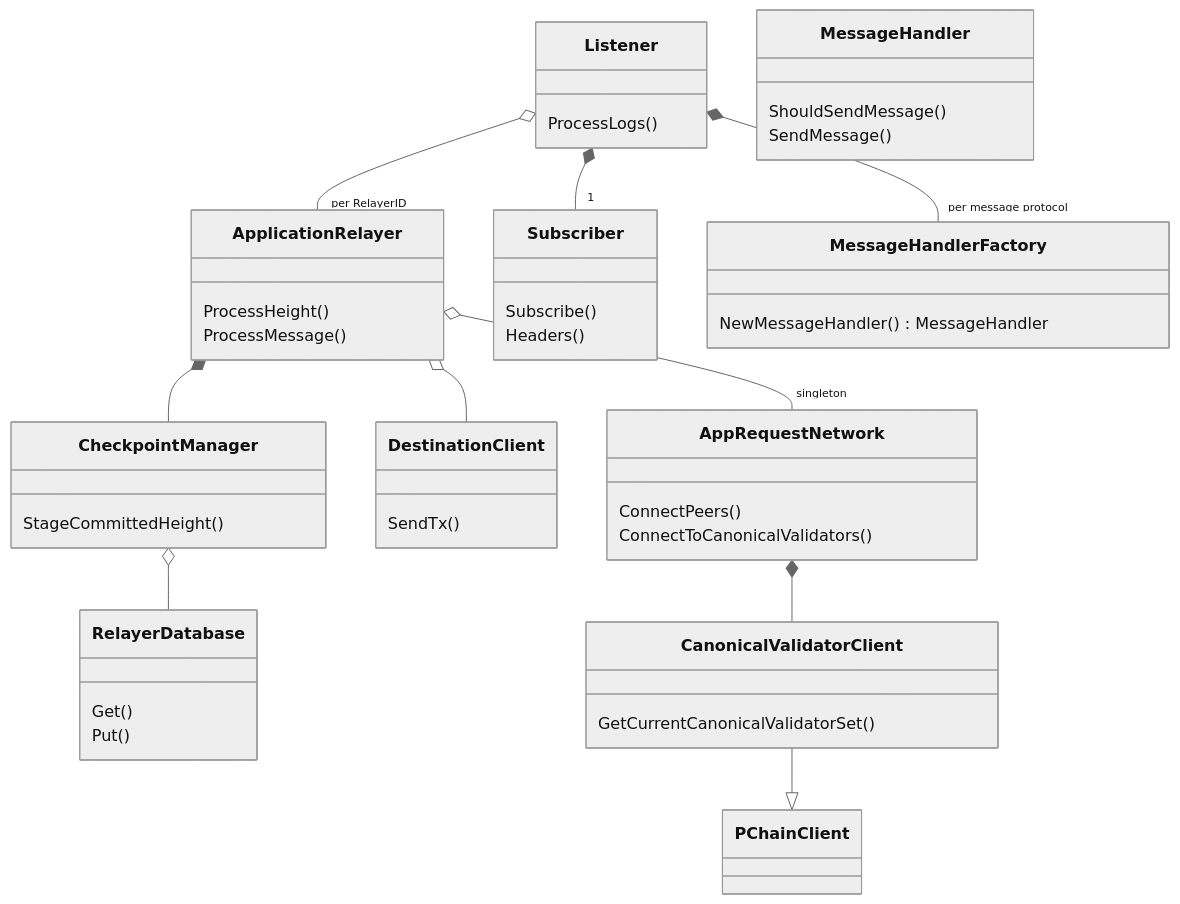
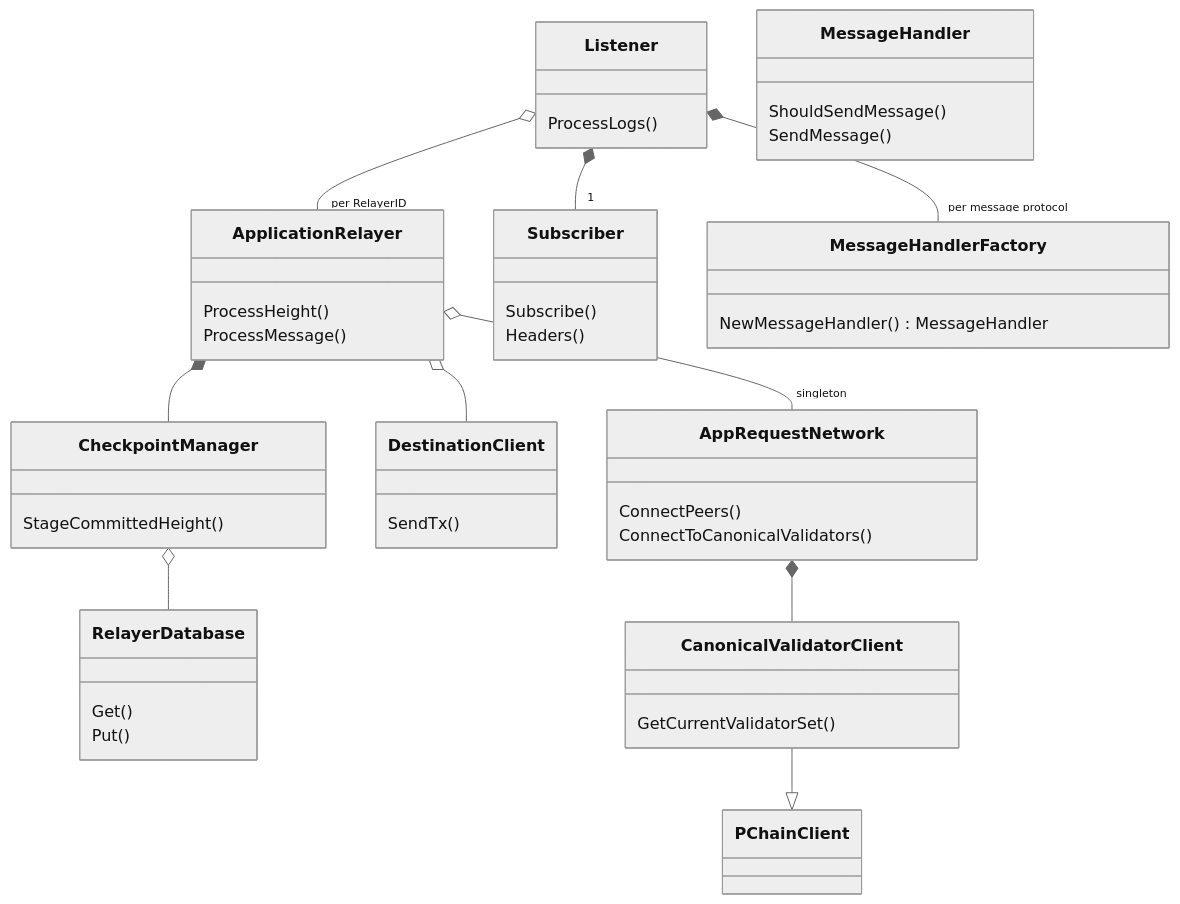
One commit to luxfi/warp changed the diagram in docs/architecture.md. Above: the diagram before and after it, drawn with Mermaid (neutral theme). The commit also changed other lines of this file and 6 other files, not shown here.

````diff
--- a/docs/architecture.md
+++ b/docs/architecture.md
@@ -3,28 +5,28 @@
 ```mermaid
 classDiagram
     Listener o-- "per RelayerID" ApplicationRelayer
     Listener *-- "1" Subscriber
     Listener *-- "per message protocol" MessageHandlerFactory
     ApplicationRelayer o-- "singleton" AppRequestNetwork
     ApplicationRelayer o-- DestinationClient
     ApplicationRelayer *-- CheckpointManager
     CheckpointManager o-- RelayerDatabase
     AppRequestNetwork *-- CanonicalValidatorClient
     CanonicalValidatorClient --|> PChainClient
 
     Listener : ProcessLogs()
     ApplicationRelayer : ProcessHeight()
     ApplicationRelayer : ProcessMessage()
     CheckpointManager : StageCommittedHeight()
     Subscriber : Subscribe()
     Subscriber : Headers()
     DestinationClient : SendTx()
     MessageHandlerFactory : NewMessageHandler() MessageHandler
     MessageHandler : ShouldSendMessage()
     MessageHandler : SendMessage()
     RelayerDatabase : Get()
     RelayerDatabase : Put()
     AppRequestNetwork : ConnectPeers()
     AppRequestNetwork : ConnectToCanonicalValidators()
-    CanonicalValidatorClient : GetCurrentCanonicalValidatorSet()
+    CanonicalValidatorClient : GetCurrentValidatorSet()
 ```
````
